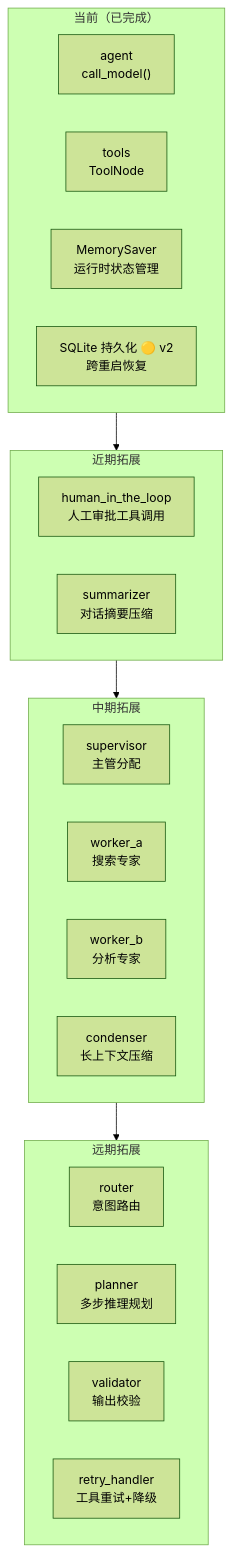
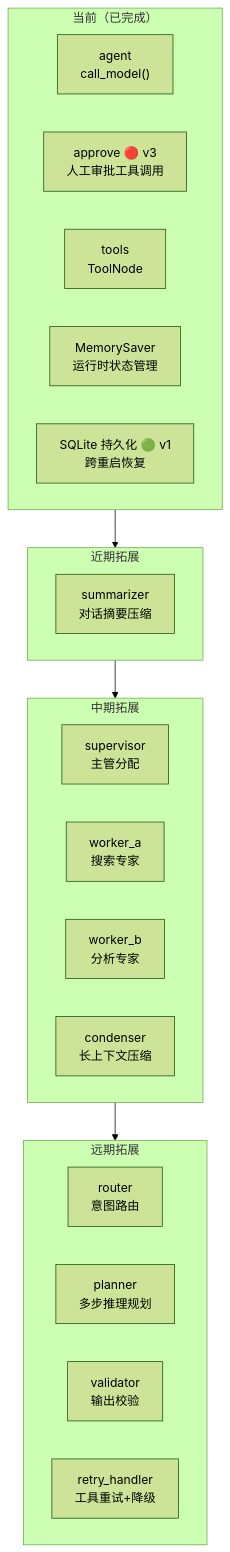
One commit to wuLa0702/llm_wiki_selfbuild changed the eighth of 10 diagrams in docs/agent-architecture-diagrams.md. Above: the diagram before and after it, drawn with Mermaid (forest theme). The commit also changed other lines of this file, not shown here.

First line of the commit message:
docs(agent): 更新架构图——添加 approve 节点 (Human-in-the-Loop)

````diff
--- a/docs/agent-architecture-diagrams.md
+++ b/docs/agent-architecture-diagrams.md
@@ -287,32 +343,33 @@
 ```mermaid
 flowchart TD
     subgraph CURRENT["当前（已完成）"]
         AGENT["agent<br/>call_model()"]
+        APPROVE["approve 🔴 v3<br/>人工审批工具调用"]
         TOOLS["tools<br/>ToolNode"]
         CHECK["MemorySaver<br/>运行时状态管理"]
-        SQLITE["SQLite 持久化 🟡 v2<br/>跨重启恢复"]
+        SQLITE["SQLite 持久化 🟢 v1<br/>跨重启恢复"]
     end
 
     subgraph P1["近期拓展"]
-        HUMAN["human_in_the_loop<br/>人工审批工具调用"]
+        MEMORY["summarizer<br/>对话摘要压缩"]
         MEMORY["summarizer<br/>对话摘要压缩"]
     end
 
     subgraph P2["中期拓展"]
         SUPERVISOR["supervisor<br/>主管分配"]
         WORKER1["worker_a<br/>搜索专家"]
         WORKER2["worker_b<br/>分析专家"]
         CONDENSER["condenser<br/>长上下文压缩"]
     end
 
     subgraph P3["远期拓展"]
         ROUTER["router<br/>意图路由"]
         PLANNER["planner<br/>多步推理规划"]
         VALIDATOR["validator<br/>输出校验"]
         RETRY["retry_handler<br/>工具重试+降级"]
     end
 
     CURRENT --> P1
     P1 --> P2
     P2 --> P3
 ```
````
